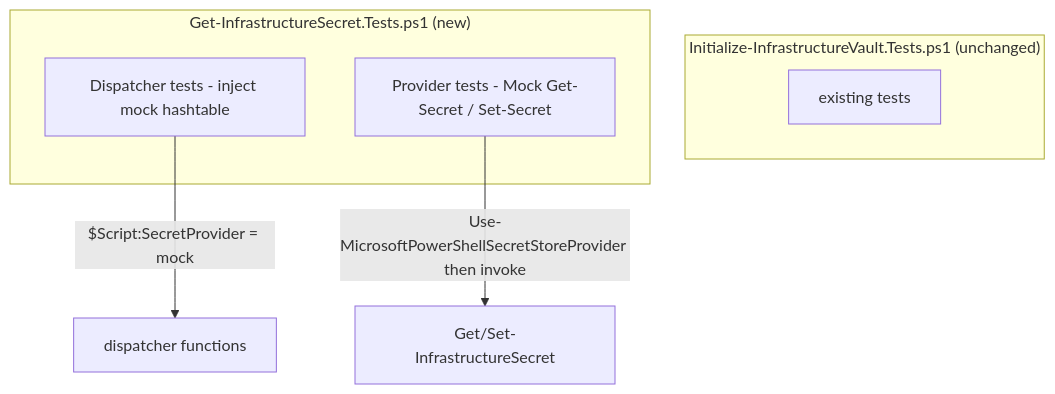
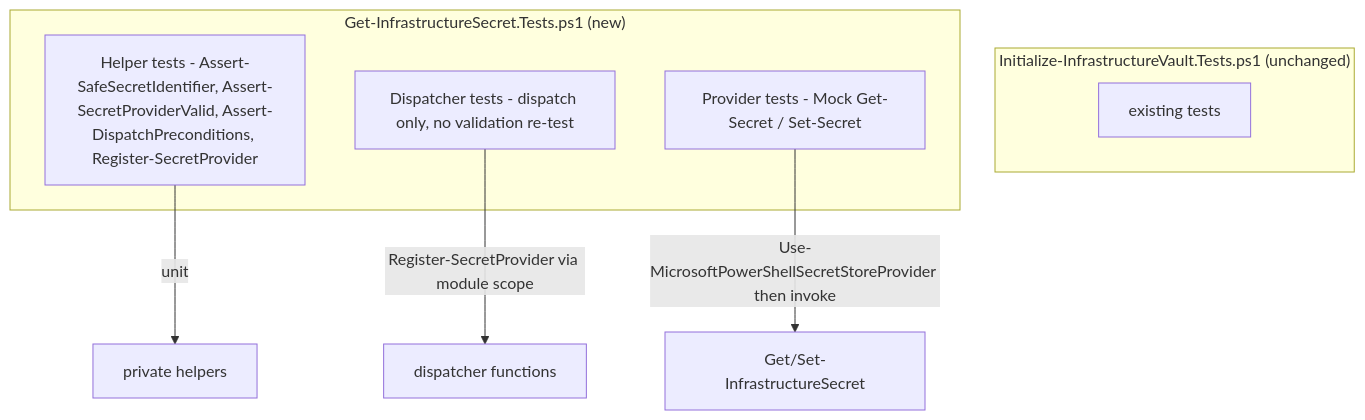
One commit to VitaliiAndreev/Infrastructure-Secrets changed the third of 3 diagrams in docs/dev/implementation/01 - initial implementation/plan.md. Above: the diagram before and after it, drawn with Mermaid. The commit also changed other lines of this file and 9 other files, not shown here.

````diff
--- a/docs/dev/implementation/01 - initial implementation/plan.md
+++ b/docs/dev/implementation/01 - initial implementation/plan.md
@@ -188,12 +268,14 @@
 ```mermaid
 graph TD
     subgraph Existing["Initialize-InfrastructureVault.Tests.ps1 (unchanged)"]
         ET[existing tests]
     end
     subgraph New["Get-InfrastructureSecret.Tests.ps1 (new)"]
-        TD[Dispatcher tests - inject mock hashtable]
+        TH[Helper tests - Assert-SafeSecretIdentifier, Assert-SecretProviderValid, Assert-DispatchPreconditions, Register-SecretProvider]
+        TD[Dispatcher tests - dispatch only, no validation re-test]
         TP[Provider tests - Mock Get-Secret / Set-Secret]
     end
-    TD -->|$Script:SecretProvider = mock| D[dispatcher functions]
+    TH -->|unit| PH[private helpers]
+    TD -->|Register-SecretProvider via module scope| D[dispatcher functions]
     TP -->|Use-MicrosoftPowerShellSecretStoreProvider then invoke| P[Get/Set-InfrastructureSecret]
 ```
````
